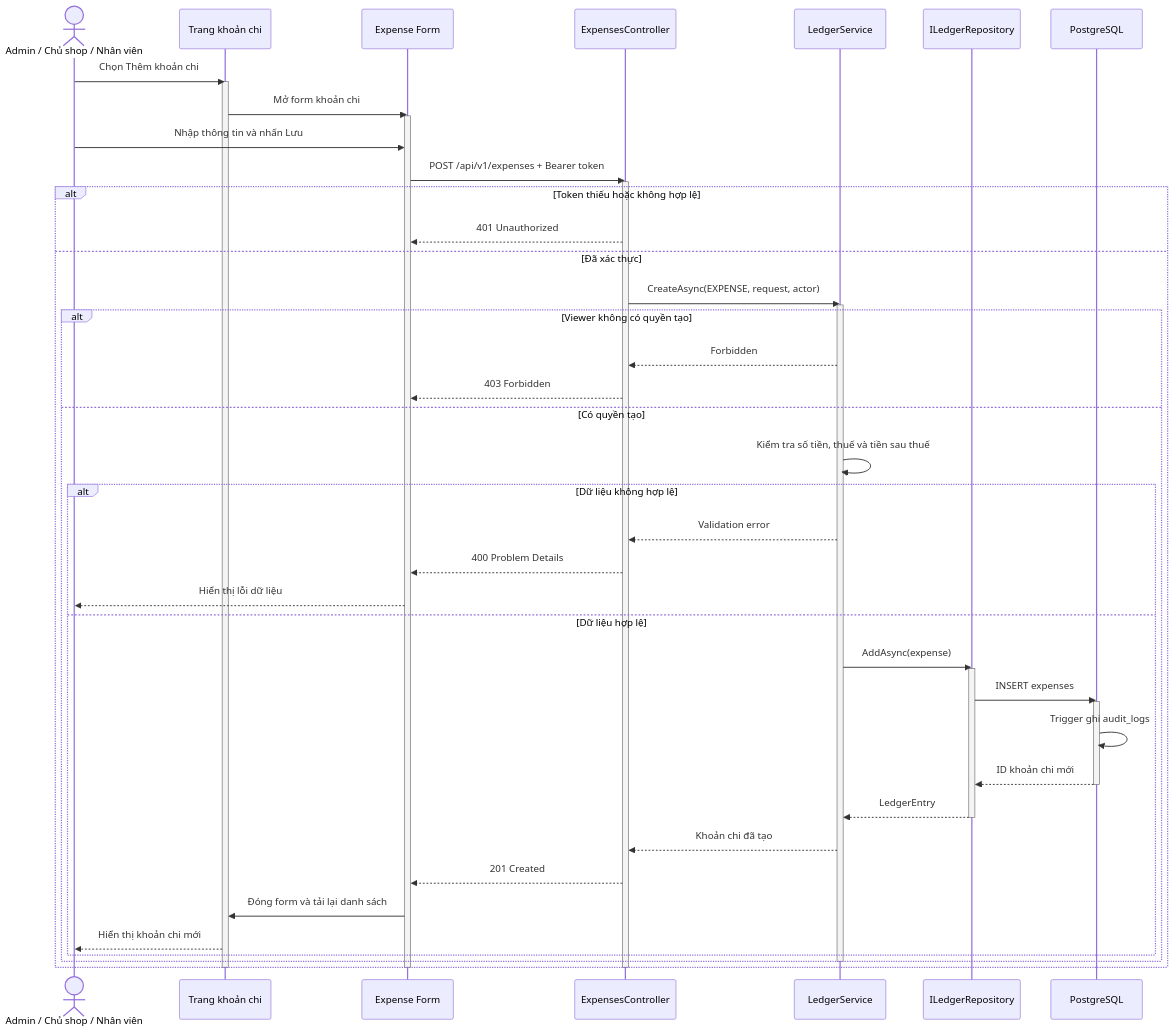
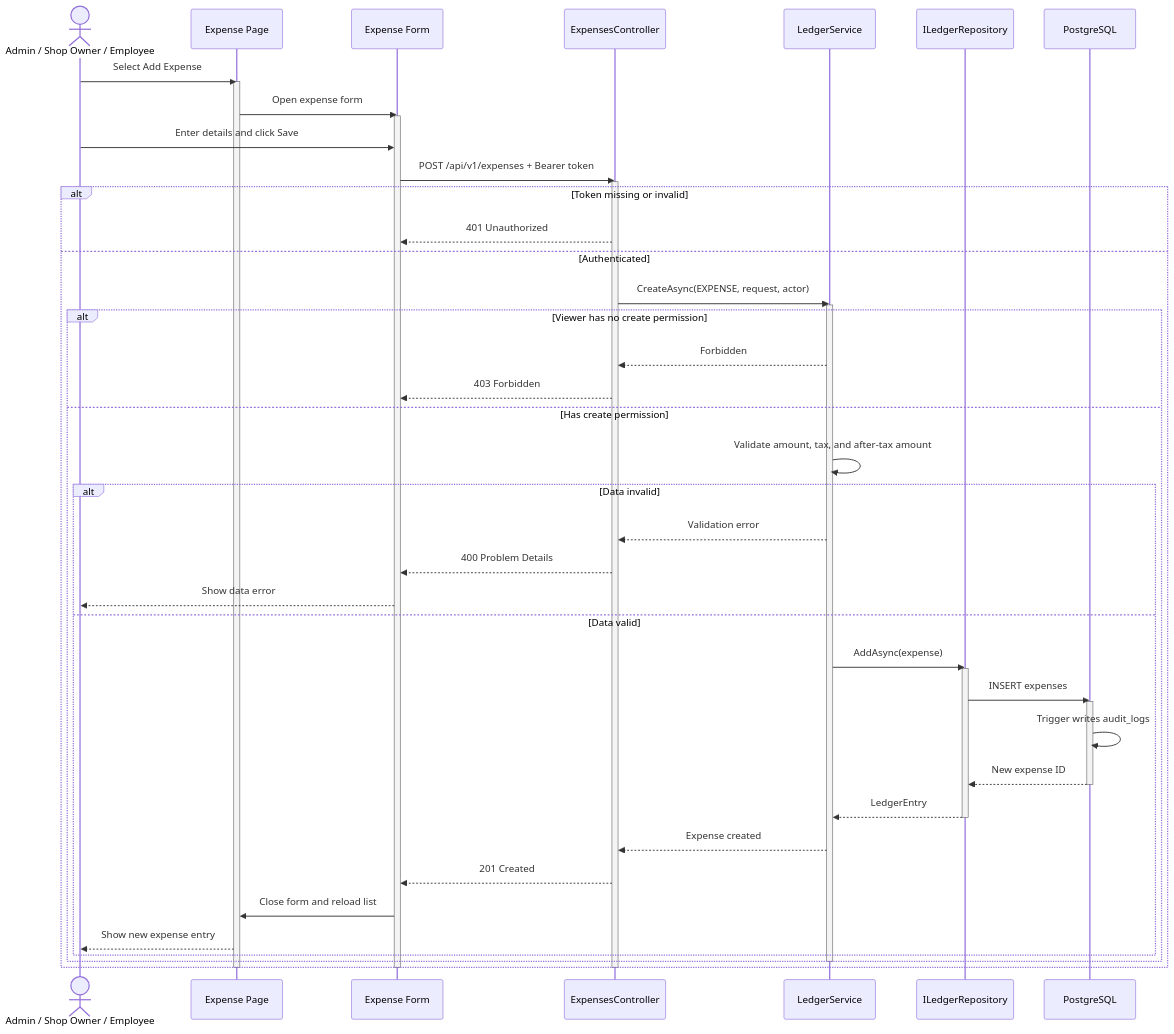
One commit to PhamHiep948/finance-manager changed the fourth of 5 diagrams in docs/architecture/uml/02-sequence-diagrams.md. Above: the diagram before and after it, drawn with Mermaid. The commit also changed other lines of this file, not shown here.

Commit message:
update sequece diagram

````diff
--- a/docs/architecture/uml/02-sequence-diagrams.md
+++ b/docs/architecture/uml/02-sequence-diagrams.md
@@ -220,54 +220,54 @@
 ```mermaid
 sequenceDiagram
-    actor User as Admin / Chủ shop / Nhân viên
-    participant Page as Trang khoản chi
+    actor User as Admin / Shop Owner / Employee
+    participant Page as Expense Page
     participant Form as Expense Form
     participant API as ExpensesController
     participant Service as LedgerService
     participant Repo as ILedgerRepository
     participant DB as PostgreSQL
 
-    User->>Page: Chọn Thêm khoản chi
+    User->>Page: Select Add Expense
     activate Page
-    Page->>Form: Mở form khoản chi
+    Page->>Form: Open expense form
     activate Form
-    User->>Form: Nhập thông tin và nhấn Lưu
+    User->>Form: Enter details and click Save
     Form->>API: POST /api/v1/expenses + Bearer token
     activate API
 
-    alt Token thiếu hoặc không hợp lệ
+    alt Token missing or invalid
         API-->>Form: 401 Unauthorized
-    else Đã xác thực
+    else Authenticated
         API->>Service: CreateAsync(EXPENSE, request, actor)
         activate Service
-        alt Viewer không có quyền tạo
+        alt Viewer has no create permission
             Service-->>API: Forbidden
             API-->>Form: 403 Forbidden
-        else Có quyền tạo
-            Service->>Service: Kiểm tra số tiền, thuế và tiền sau thuế
-            alt Dữ liệu không hợp lệ
+        else Has create permission
+            Service->>Service: Validate amount, tax, and after-tax amount
+            alt Data invalid
                 Service-->>API: Validation error
                 API-->>Form: 400 Problem Details
-                Form-->>User: Hiển thị lỗi dữ liệu
-            else Dữ liệu hợp lệ
+                Form-->>User: Show data error
+            else Data valid
                 Service->>Repo: AddAsync(expense)
                 activate Repo
                 Repo->>DB: INSERT expenses
                 activate DB
-                DB->>DB: Trigger ghi audit_logs
-                DB-->>Repo: ID khoản chi mới
+                DB->>DB: Trigger writes audit_logs
+                DB-->>Repo: New expense ID
                 deactivate DB
                 Repo-->>Service: LedgerEntry
                 deactivate Repo
-                Service-->>API: Khoản chi đã tạo
+                Service-->>API: Expense created
                 API-->>Form: 201 Created
-                Form->>Page: Đóng form và tải lại danh sách
-                Page-->>User: Hiển thị khoản chi mới
+                Form->>Page: Close form and reload list
+                Page-->>User: Show new expense entry
             end
         end
         deactivate Service
     end
     deactivate API
     deactivate Form
     deactivate Page
 ```
````
